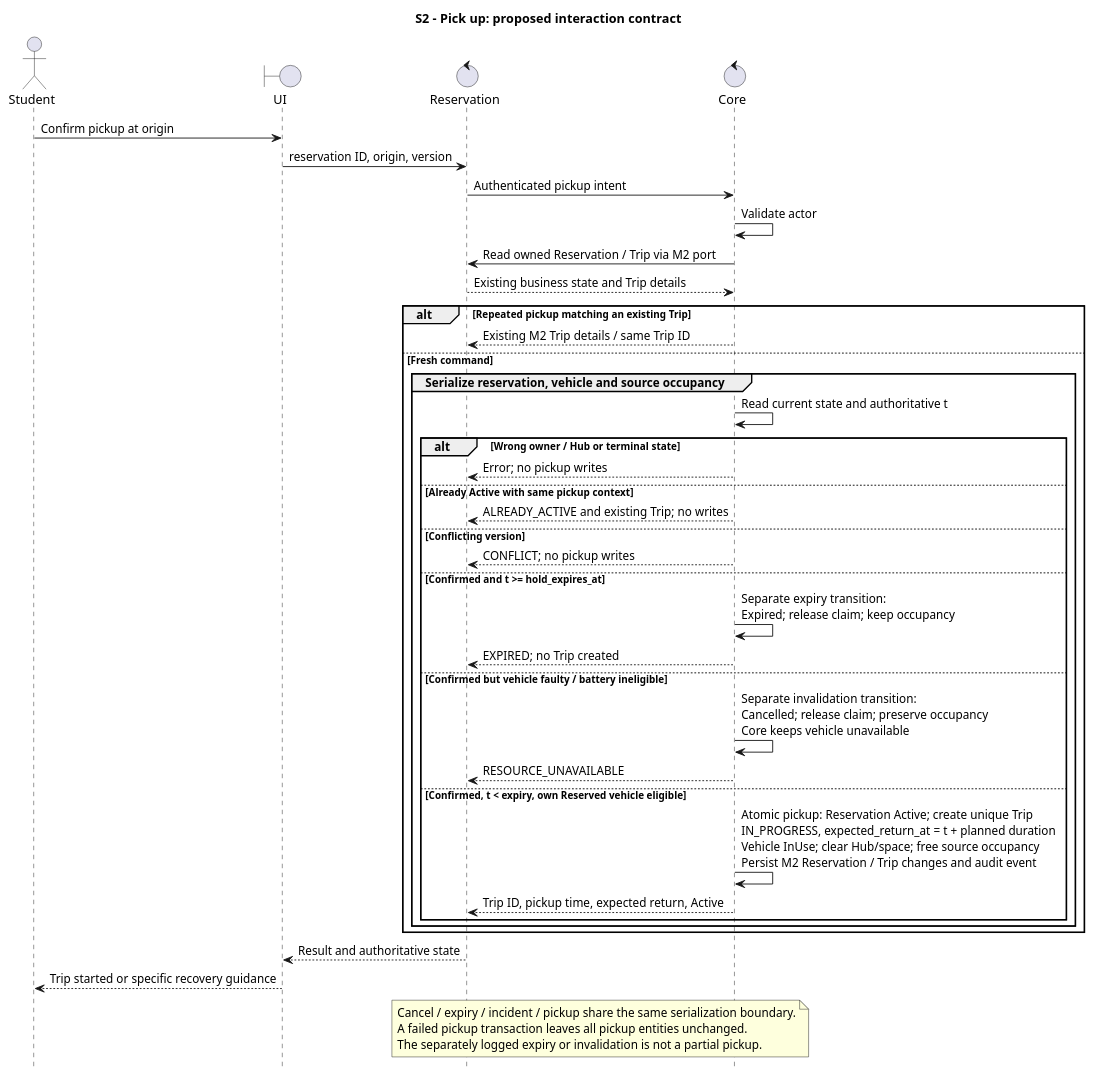
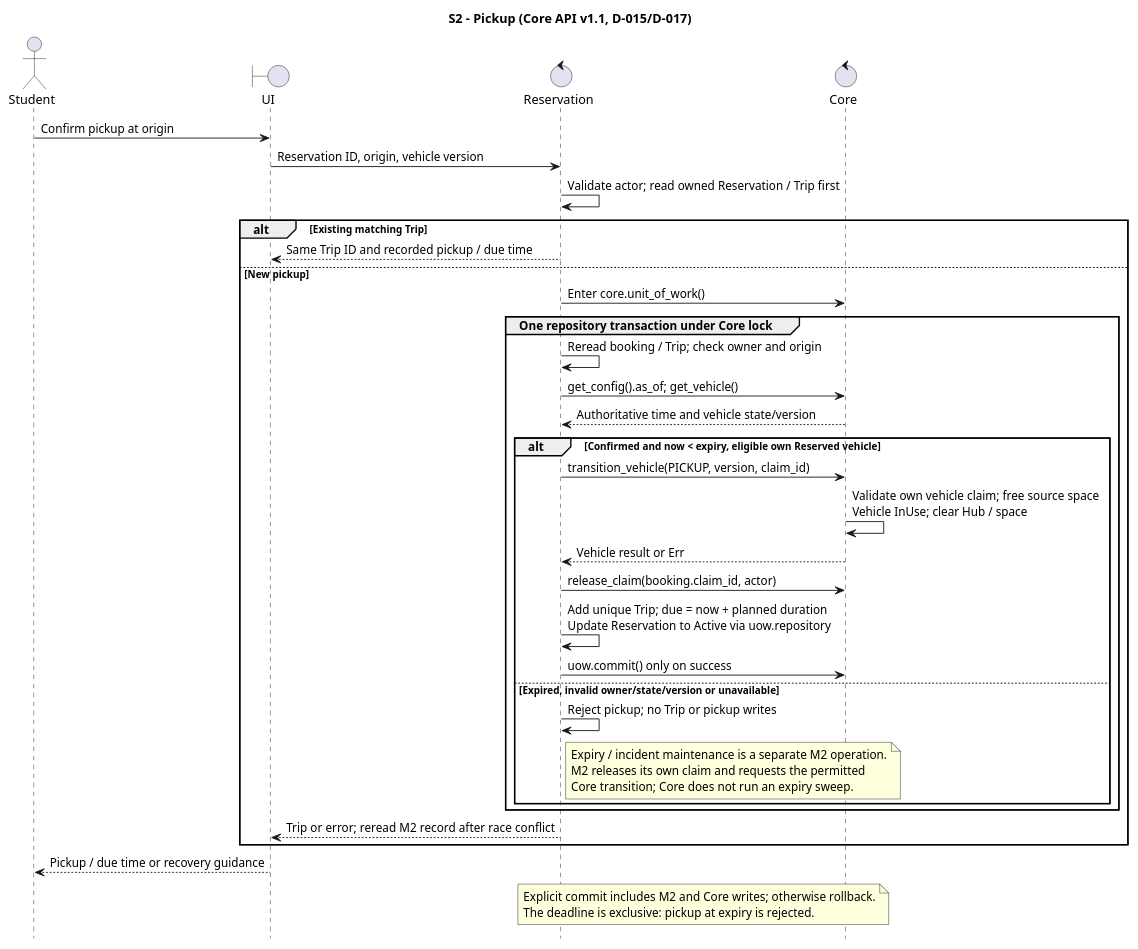
One commit to MabC06/smart-e-mobility-hub changed the diagram in docs/design/behavioral/reservation-diagrams/s2-pickup.puml. Above: the diagram before and after it, drawn with PlantUML. The commit also changed 12 other files, not shown here.

Commit message:
docs(reservation): align design with released Core contracts (FR-03, FR-04)

```diff
--- a/docs/design/behavioral/reservation-diagrams/s2-pickup.puml
+++ b/docs/design/behavioral/reservation-diagrams/s2-pickup.puml
@@ -1,46 +1,44 @@
 @startuml
-title S2 - Pick up: proposed interaction contract
 skinparam shadowing false
 skinparam defaultFontName Arial
 hide footbox
 actor Student
 boundary UI
 control Reservation
 control Core
+title S2 - Pickup (Core API v1.1, D-015/D-017)
 Student -> UI: Confirm pickup at origin
-UI -> Reservation: reservation ID, origin, version
-Reservation -> Core: Authenticated pickup intent
-Core -> Core: Validate actor
-Core -> Reservation: Read owned Reservation / Trip via M2 port
-Reservation --> Core: Existing business state and Trip details
-alt Repeated pickup matching an existing Trip
-  Core --> Reservation: Existing M2 Trip details / same Trip ID
-else Fresh command
-  group Serialize reservation, vehicle and source occupancy
-    Core -> Core: Read current state and authoritative t
-    alt Wrong owner / Hub or terminal state
-      Core --> Reservation: Error; no pickup writes
-    else Already Active with same pickup context
-      Core --> Reservation: ALREADY_ACTIVE and existing Trip; no writes
-    else Conflicting version
-      Core --> Reservation: CONFLICT; no pickup writes
-    else Confirmed and t >= hold_expires_at
-      Core -> Core: Separate expiry transition:\nExpired; release claim; keep occupancy
-      Core --> Reservation: EXPIRED; no Trip created
-    else Confirmed but vehicle faulty / battery ineligible
-      Core -> Core: Separate invalidation transition:\nCancelled; release claim; preserve occupancy\nCore keeps vehicle unavailable
-      Core --> Reservation: RESOURCE_UNAVAILABLE
-    else Confirmed, t < expiry, own Reserved vehicle eligible
-      Core -> Core: Atomic pickup: Reservation Active; create unique Trip\nIN_PROGRESS, expected_return_at = t + planned duration\nVehicle InUse; clear Hub/space; free source occupancy\nPersist M2 Reservation / Trip changes and audit event
-      Core --> Reservation: Trip ID, pickup time, expected return, Active
+UI -> Reservation: Reservation ID, origin, vehicle version
+Reservation -> Reservation: Validate actor; read owned Reservation / Trip first
+alt Existing matching Trip
+  Reservation --> UI: Same Trip ID and recorded pickup / due time
+else New pickup
+  Reservation -> Core: Enter core.unit_of_work()
+  group One repository transaction under Core lock
+    Reservation -> Reservation: Reread booking / Trip; check owner and origin
+    Reservation -> Core: get_config().as_of; get_vehicle()
+    Core --> Reservation: Authoritative time and vehicle state/version
+    alt Confirmed and now < expiry, eligible own Reserved vehicle
+      Reservation -> Core: transition_vehicle(PICKUP, version, claim_id)
+      Core -> Core: Validate own vehicle claim; free source space\nVehicle InUse; clear Hub / space
+      Core --> Reservation: Vehicle result or Err
+      Reservation -> Core: release_claim(booking.claim_id, actor)
+      Reservation -> Reservation: Add unique Trip; due = now + planned duration\nUpdate Reservation to Active via uow.repository
+      Reservation -> Core: uow.commit() only on success
+    else Expired, invalid owner/state/version or unavailable
+      Reservation -> Reservation: Reject pickup; no Trip or pickup writes
+      note right of Reservation
+        Expiry / incident maintenance is a separate M2 operation.
+        M2 releases its own claim and requests the permitted
+        Core transition; Core does not run an expiry sweep.
+      end note
     end
   end
+  Reservation --> UI: Trip or error; reread M2 record after race conflict
 end
-Reservation --> UI: Result and authoritative state
-UI --> Student: Trip started or specific recovery guidance
+UI --> Student: Pickup / due time or recovery guidance
 note over Reservation,Core
-  Cancel / expiry / incident / pickup share the same serialization boundary.
-  A failed pickup transaction leaves all pickup entities unchanged.
-  The separately logged expiry or invalidation is not a partial pickup.
+  Explicit commit includes M2 and Core writes; otherwise rollback.
+  The deadline is exclusive: pickup at expiry is rejected.
 end note
 @enduml
```
